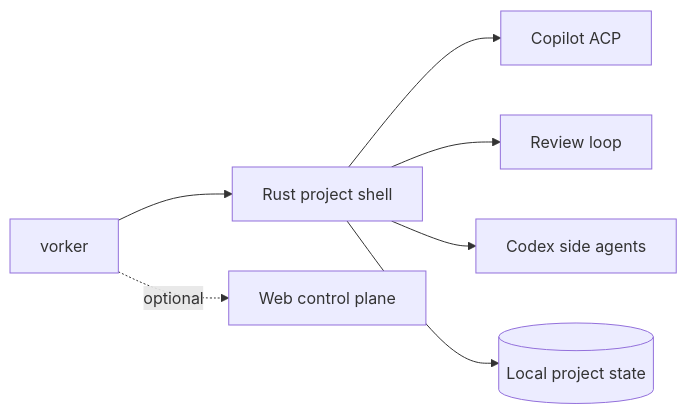
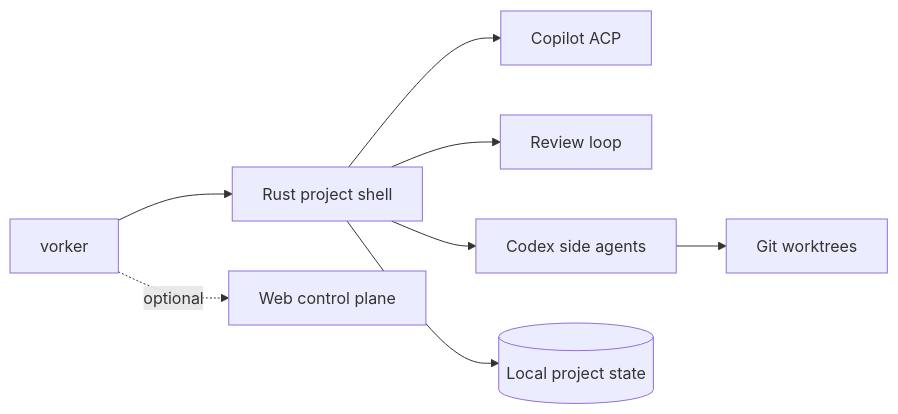
One commit to lsnchow/Vorker changed the diagram in README.md. Above: the diagram before and after it, drawn with Mermaid. The commit also changed other lines of this file and 78 other files, not shown here.

````diff
--- a/README.md
+++ b/README.md
@@ -37,9 +39,10 @@
 ```mermaid
 flowchart LR
     CLI["vorker"] --> TUI["Rust project shell"]
     TUI --> ACP["Copilot ACP"]
     TUI --> REVIEW["Review loop"]
     TUI --> AGENTS["Codex side agents"]
+    AGENTS --> WORKTREES["Git worktrees"]
     TUI --> STATE[("Local project state")]
     CLI -. optional .-> WEB["Web control plane"]
 ```
````
